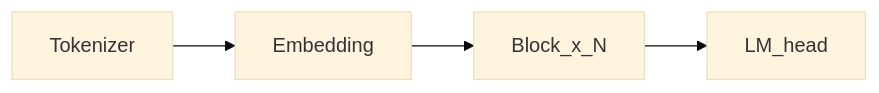
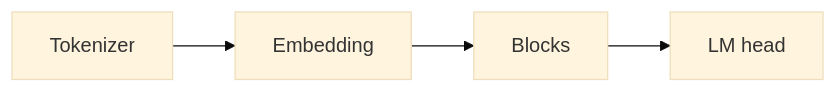
One commit to chaxus/arche changed the diagram in web/src/content/beginner/en/overview.md. Above: the diagram before and after it, drawn with Mermaid (base theme). The commit also changed other lines of this file and 51 other files, not shown here.

````diff
--- a/web/src/content/beginner/en/overview.md
+++ b/web/src/content/beginner/en/overview.md
@@ -19,6 +5,6 @@
 ```mermaid
 flowchart LR
   tok[Tokenizer] --> emb[Embedding]
-  emb --> stack[Block_x_N]
-  stack --> head[LM_head]
+  emb --> stack[Blocks]
+  stack --> head[LM head]
 ```
````
